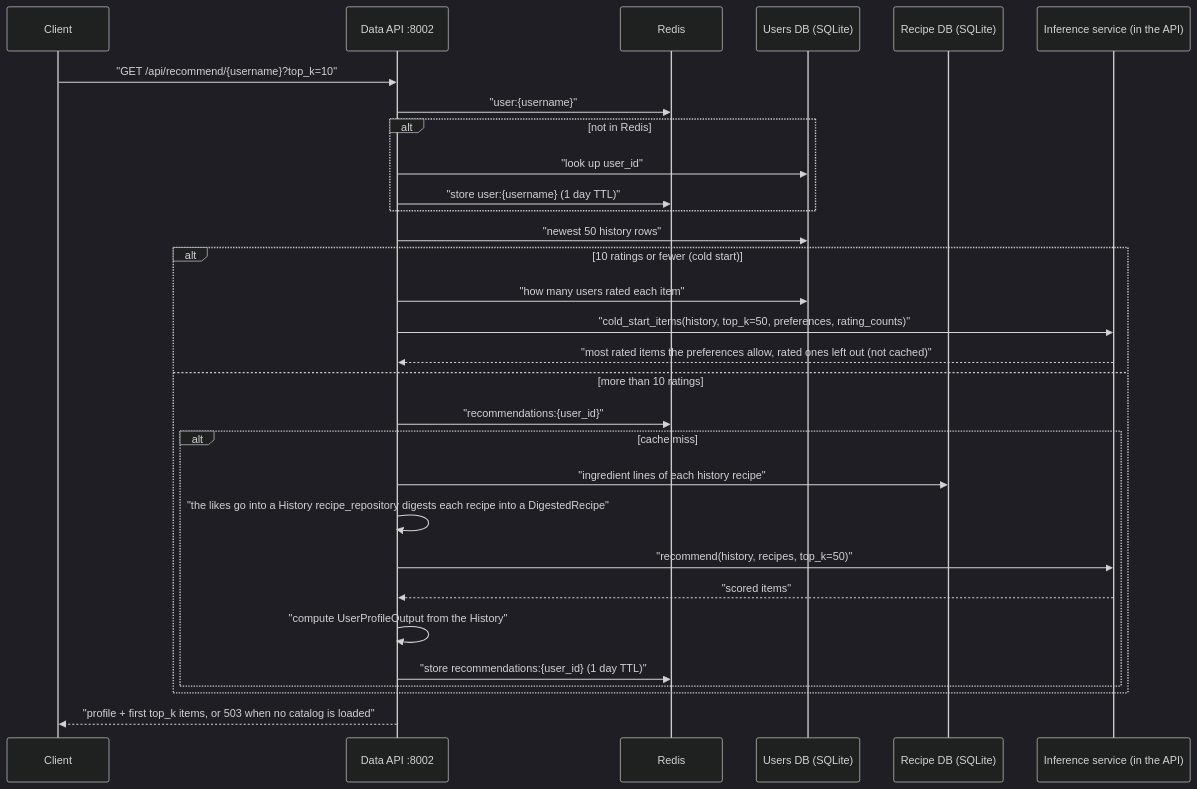
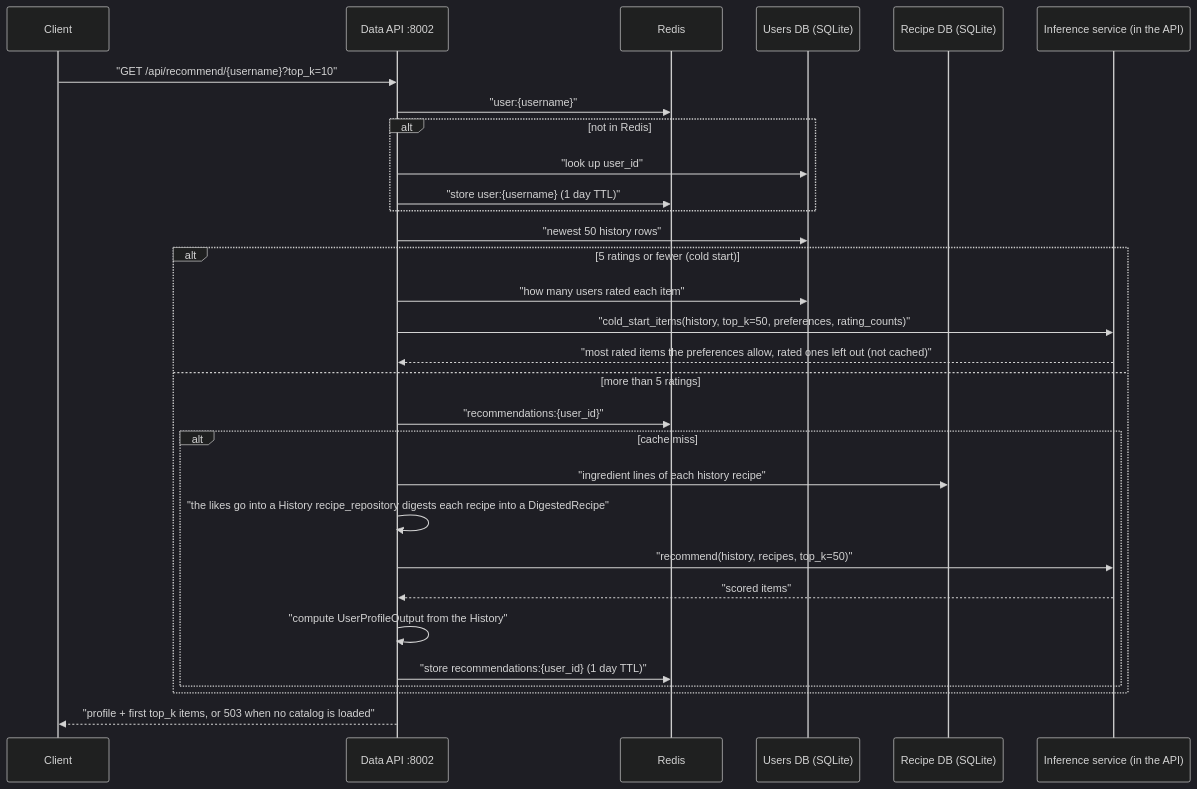
One commit to 2na3k/practice-project-2 changed the diagram in SystemCode/remymy/RECOMMENDATION.md. Above: the diagram before and after it, drawn with Mermaid (dark theme). The commit also changed other lines of this file and 3 other files, not shown here.

````diff
--- a/SystemCode/remymy/RECOMMENDATION.md
+++ b/SystemCode/remymy/RECOMMENDATION.md
@@ -20,33 +20,33 @@
 ```mermaid
 sequenceDiagram
     participant C as Client
     participant A as Data API :8002
     participant R as Redis
     participant U as Users DB (SQLite)
     participant D as Recipe DB (SQLite)
     participant M as Inference service (in the API)
 
     C->>A: "GET /api/recommend/{username}?top_k=10"
     A->>R: "user:{username}"
     alt not in Redis
         A->>U: "look up user_id"
         A->>R: "store user:{username} (1 day TTL)"
     end
     A->>U: "newest 50 history rows"
-    alt 10 ratings or fewer (cold start)
+    alt 5 ratings or fewer (cold start)
         A->>U: "how many users rated each item"
         A->>M: "cold_start_items(history, top_k=50, preferences, rating_counts)"
         M-->>A: "most rated items the preferences allow, rated ones left out (not cached)"
-    else more than 10 ratings
+    else more than 5 ratings
         A->>R: "recommendations:{user_id}"
         alt cache miss
             A->>D: "ingredient lines of each history recipe"
             A->>A: "the likes go into a History recipe_repository digests each recipe into a DigestedRecipe"
             A->>M: "recommend(history, recipes, top_k=50)"
             M-->>A: "scored items"
             A->>A: "compute UserProfileOutput from the History"
             A->>R: "store recommendations:{user_id} (1 day TTL)"
         end
     end
     A-->>C: "profile + first top_k items, or 503 when no catalog is loaded"
 ```
````
